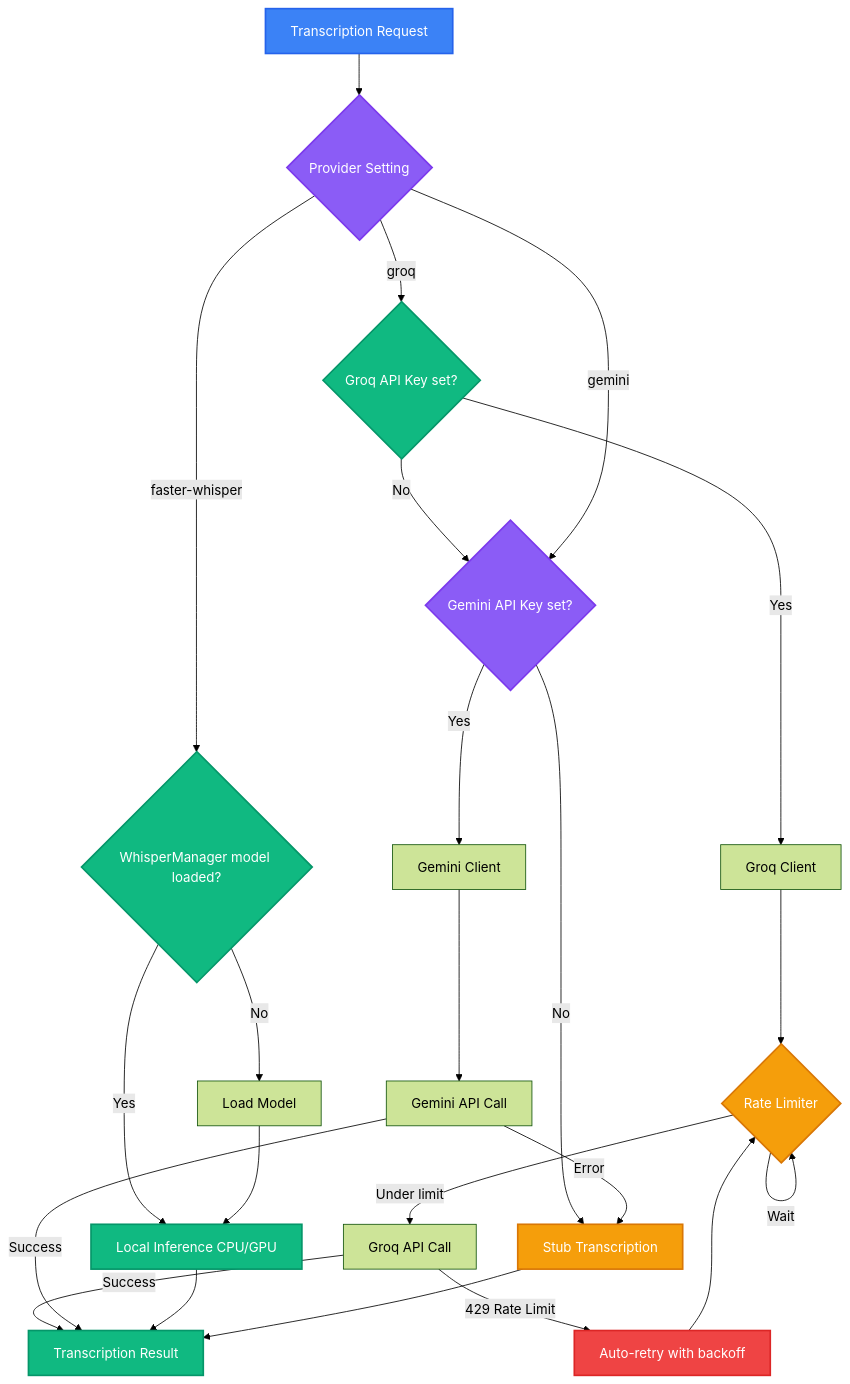
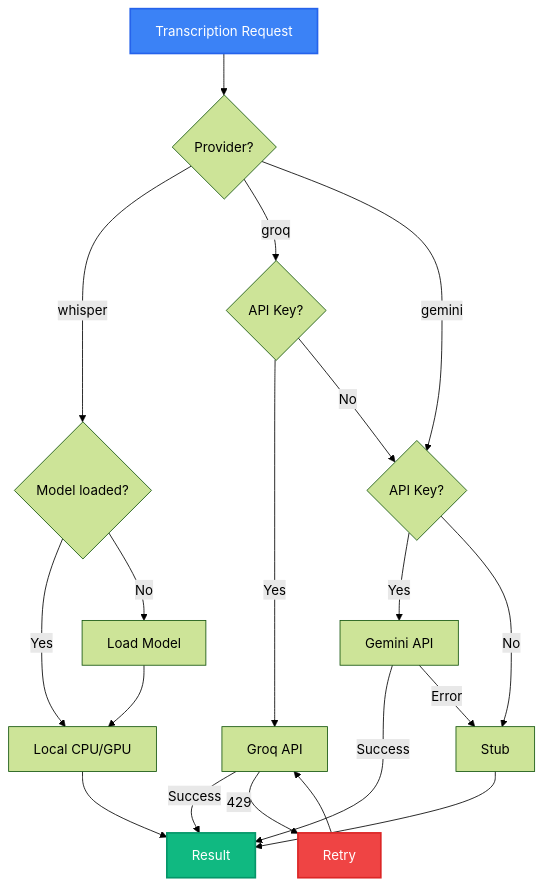
Diagram 12 of 15 in README.md (samm329-ui/Trimora_v2), drawn with Mermaid (forest theme) before and after one commit. The commit also changed other lines of this file, not shown here.

First line of the commit message:
docs: fix Mermaid diagrams for mobile rendering

````diff
--- a/README.md
+++ b/README.md
@@ -1311,44 +1289,31 @@
 ```mermaid
 flowchart TD
-    START["Transcription Request"] --> PROVIDER{"Provider Setting"}
+    START["Transcription Request"] --> PROVIDER{"Provider?"}
 
-    PROVIDER -->|"faster-whisper"| WHISPER{"WhisperManager model loaded?"}
-    WHISPER -->|"Yes"| LOCAL["Local Inference CPU/GPU"]
+    PROVIDER -->|"whisper"| WHISPER{"Model loaded?"}
+    WHISPER -->|"Yes"| LOCAL["Local CPU/GPU"]
     WHISPER -->|"No"| LOAD["Load Model"]
     LOAD --> LOCAL
 
-    PROVIDER -->|"groq"| GROQ{"Groq API Key set?"}
-    GROQ -->|"Yes"| GROQ_CLIENT["Groq Client"]
-    GROQ -->|"No"| GEMINI{"Gemini API Key set?"}
+    PROVIDER -->|"groq"| GROQ{"API Key?"}
+    GROQ -->|"Yes"| GROQ_CALL["Groq API"]
+    GROQ -->|"No"| GEMINI
 
-    PROVIDER -->|"gemini"| GEMINI
+    PROVIDER -->|"gemini"| GEMINI{"API Key?"}
+    GEMINI -->|"Yes"| GEMI_CALL["Gemini API"]
+    GEMINI -->|"No"| STUB["Stub"]
 
-    GEMINI -->|"Yes"| GEMINI_CLIENT["Gemini Client"]
-    GEMINI -->|"No"| STUB["Stub Transcription"]
+    GROQ_CALL -->|"Success"| RESULT["Result"]
+    GROQ_CALL -->|"429"| RETRY["Retry"]
+    RETRY --> GROQ_CALL
 
-    GROQ_CLIENT --> RATE{"Rate Limiter"}
-    RATE -->|"Under limit"| GROQ_CALL["Groq API Call"]
-    RATE -->|"Wait"| RATE
-
-    GROQ_CALL -->|"Success"| RESULT["Transcription Result"]
-    GROQ_CALL -->|"429 Rate Limit"| RETRY["Auto-retry with backoff"]
-    RETRY --> RATE
-
-    GEMINI_CLIENT --> GEMINI_CALL["Gemini API Call"]
-    GEMINI_CALL -->|"Success"| RESULT
-    GEMINI_CALL -->|"Error"| STUB
+    GEMI_CALL -->|"Success"| RESULT
+    GEMI_CALL -->|"Error"| STUB
 
     LOCAL --> RESULT
     STUB --> RESULT
 
     style START fill:#3b82f6,color:#fff,stroke:#2563eb,stroke-width:2px
-    style PROVIDER fill:#8b5cf6,color:#fff,stroke:#7c3aed,stroke-width:2px
-    style WHISPER fill:#10b981,color:#fff,stroke:#059669,stroke-width:2px
-    style LOCAL fill:#10b981,color:#fff,stroke:#059669,stroke-width:2px
-    style GROQ fill:#10b981,color:#fff,stroke:#059669,stroke-width:2px
-    style GEMINI fill:#8b5cf6,color:#fff,stroke:#7c3aed,stroke-width:2px
-    style STUB fill:#f59e0b,color:#fff,stroke:#d97706,stroke-width:2px
-    style RATE fill:#f59e0b,color:#fff,stroke:#d97706,stroke-width:2px
     style RESULT fill:#10b981,color:#fff,stroke:#059669,stroke-width:2px
     style RETRY fill:#ef4444,color:#fff,stroke:#dc2626,stroke-width:2px
 ```
````
